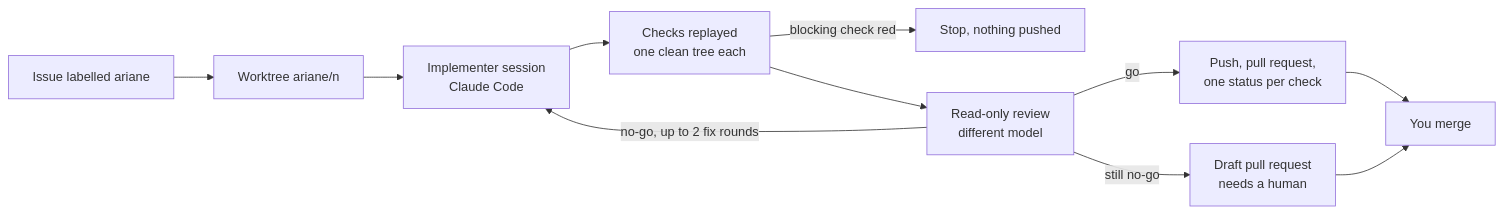
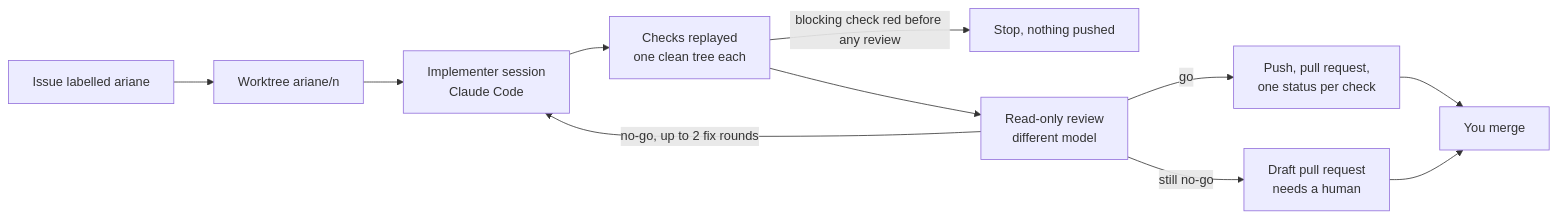
One commit to plaplanche/ariane changed the diagram in README.md. Above: the diagram before and after it, drawn with Mermaid. The commit also changed other lines of this file and 5 other files, not shown here.

````diff
--- a/README.md
+++ b/README.md
@@ -67,13 +67,13 @@
 ```mermaid
 flowchart LR
   issue[Issue labelled ariane] --> tree[Worktree ariane/n]
   tree --> impl[Implementer session<br/>Claude Code]
   impl --> checks[Checks replayed<br/>one clean tree each]
-  checks -->|blocking check red| stop[Stop, nothing pushed]
+  checks -->|blocking check red before any review| stop[Stop, nothing pushed]
   checks --> review[Read-only review<br/>different model]
   review -->|no-go, up to 2 fix rounds| impl
   review -->|go| pr[Push, pull request,<br/>one status per check]
   review -->|still no-go| draft[Draft pull request<br/>needs a human]
   pr --> human[You merge]
   draft --> human
 ```
````
